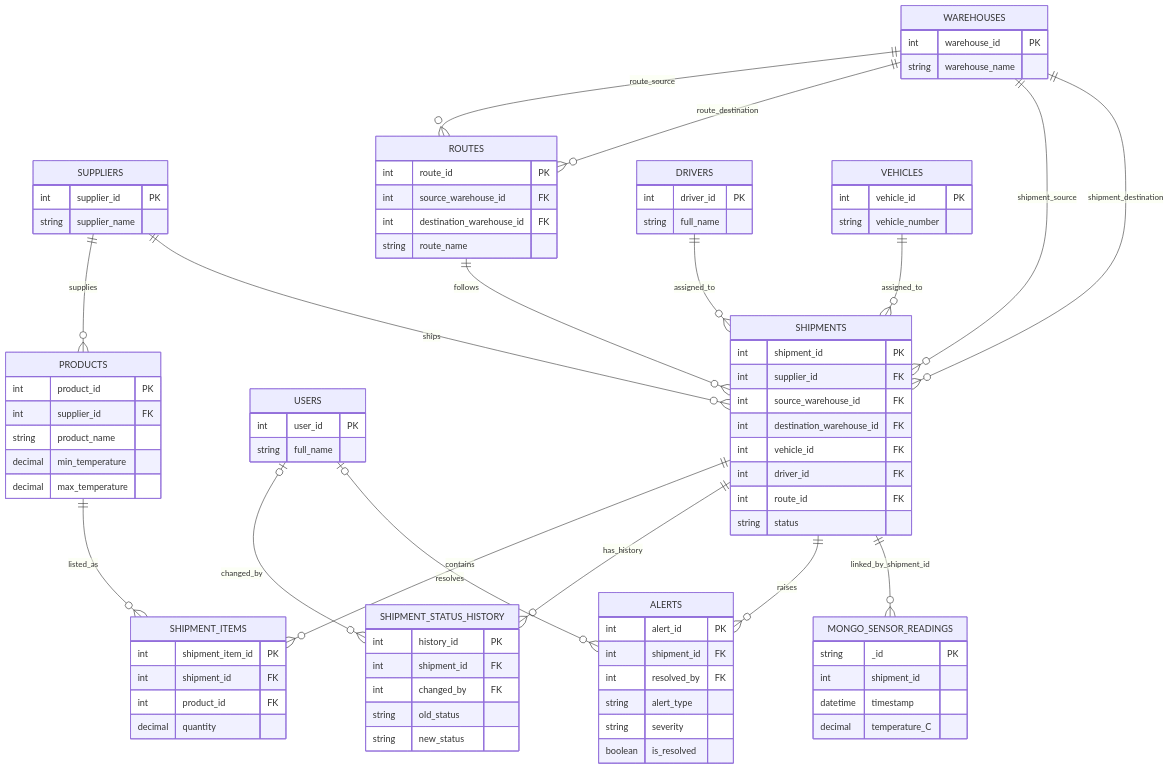
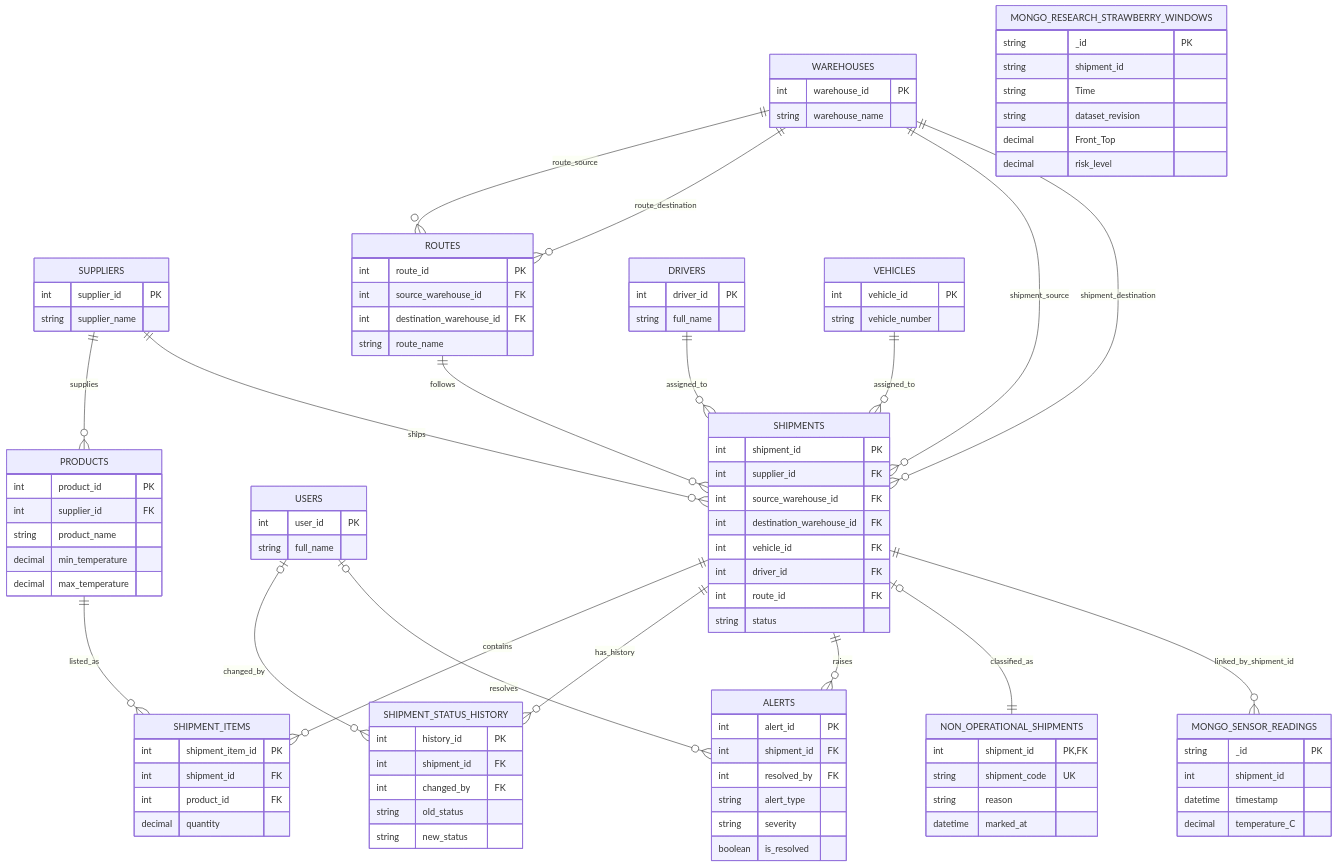
The diagram in docs/ERD.md (AkashRamesh-19/Coldchain), drawn with Mermaid before and after one commit. The commit also changed other lines of this file and 22 other files, not shown here.

Commit message:
Integrate strawberry research dataset and secure dependencies

````diff
--- a/docs/ERD.md
+++ b/docs/ERD.md
@@ -47,6 +47,12 @@
         int route_id FK
         string status
     }
+    NON_OPERATIONAL_SHIPMENTS {
+        int shipment_id PK, FK
+        string shipment_code UK
+        string reason
+        datetime marked_at
+    }
     SHIPMENT_ITEMS {
         int shipment_item_id PK
         int shipment_id FK
@@ -74,6 +80,14 @@
         datetime timestamp
         decimal temperature_C
     }
+    MONGO_RESEARCH_STRAWBERRY_WINDOWS {
+        string _id PK
+        string shipment_id
+        string Time
+        string dataset_revision
+        decimal Front_Top
+        decimal risk_level
+    }
 
     SUPPLIERS ||--o{ PRODUCTS : supplies
     SUPPLIERS ||--o{ SHIPMENTS : ships
@@ -89,6 +103,7 @@
     SHIPMENTS ||--o{ SHIPMENT_STATUS_HISTORY : has_history
     USERS o|--o{ SHIPMENT_STATUS_HISTORY : changed_by
     SHIPMENTS ||--o{ ALERTS : raises
+    SHIPMENTS o|--|| NON_OPERATIONAL_SHIPMENTS : classified_as
     USERS o|--o{ ALERTS : resolves
     SHIPMENTS ||--o{ MONGO_SENSOR_READINGS : linked_by_shipment_id
 ```
````
